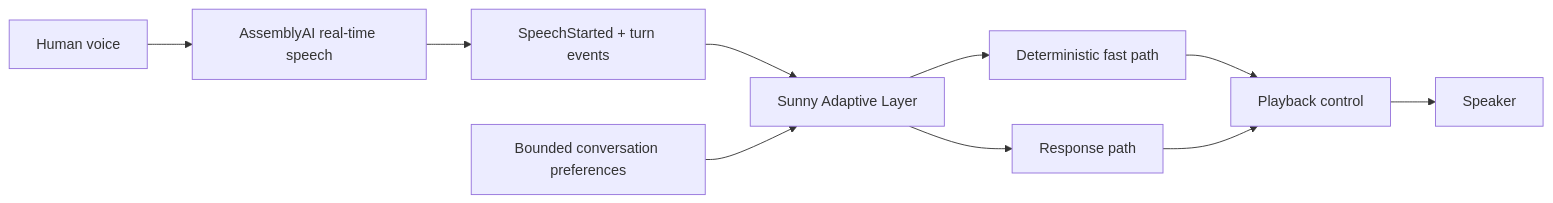
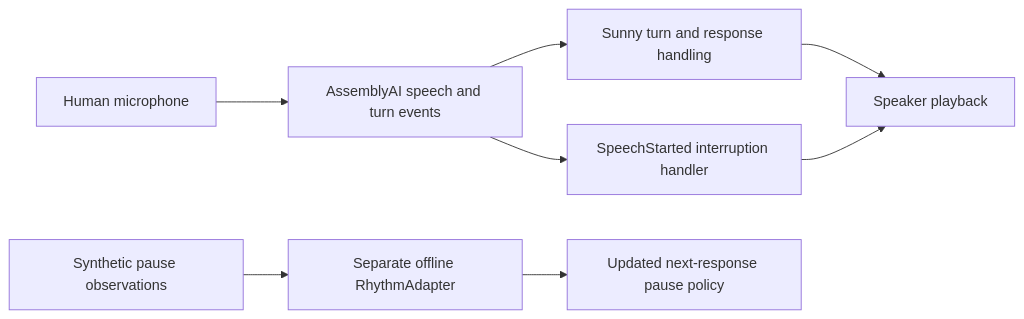
One commit to rickytzai/sunny-mi087 changed the diagram in README.md. Above: the diagram before and after it, drawn with Mermaid. The commit also changed other lines of this file and 16 other files, not shown here.

Commit message:
Close freeze gates with source-backed offline policy and human event proof

````diff
--- a/README.md
+++ b/README.md
@@ -41,12 +22,10 @@
-~~~mermaid
+```mermaid
 flowchart LR
-    A[Human voice] --> B[AssemblyAI real-time speech]
-    B --> C[SpeechStarted + turn events]
-    C --> D[Sunny Adaptive Layer]
-    P[Bounded conversation preferences] --> D
-    D --> E[Deterministic fast path]
-    D --> F[Response path]
-    E --> G[Playback control]
-    F --> G
-    G --> H[Speaker]
-~~~
+  H[Human microphone] --> A[AssemblyAI speech and turn events]
+  A --> S[Sunny turn and response handling]
+  A --> B[SpeechStarted interruption handler]
+  S --> P[Speaker playback]
+  B --> P
+  O[Synthetic pause observations] --> R[Separate offline RhythmAdapter]
+  R --> N[Updated next-response pause policy]
+```
````
